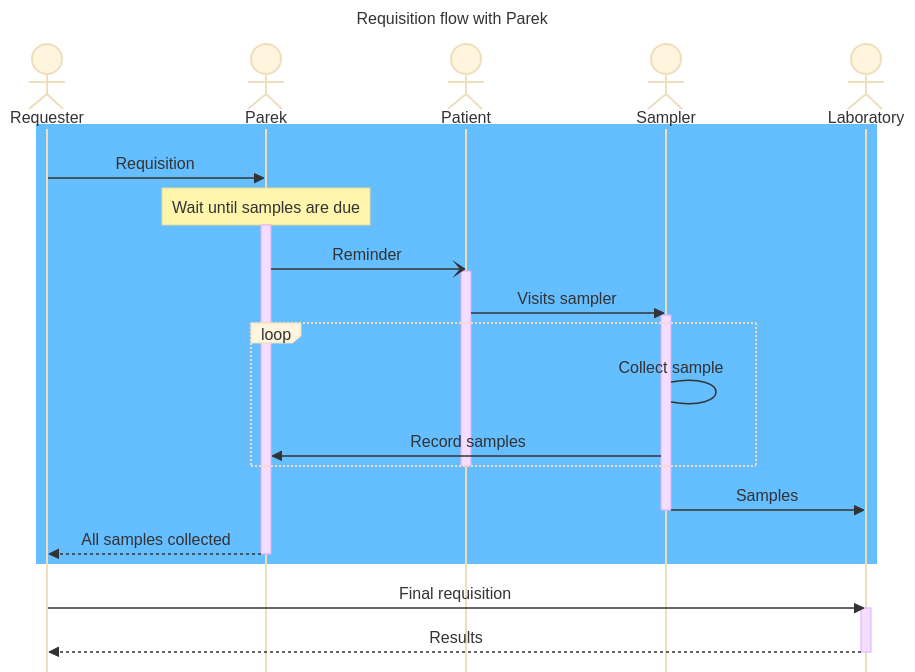
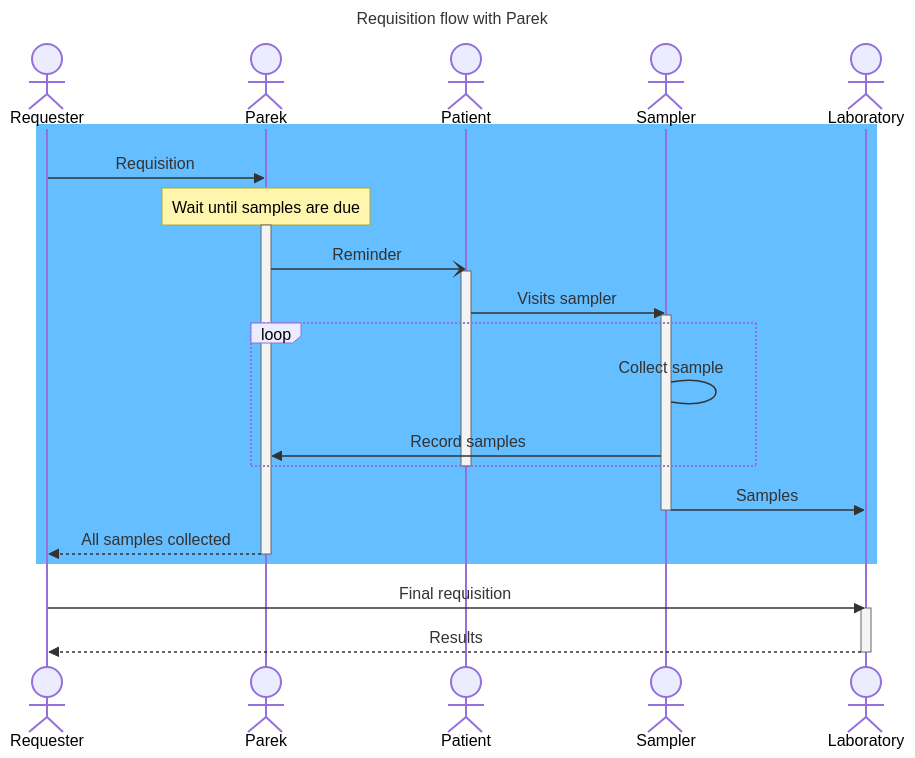
The second of 3 diagrams in ParekIG/input/pagecontent/index.md (HL7Norway/PasientensRekvisisjoner-Parek), drawn with Mermaid before and after one commit. The commit also changed other lines of this file, not shown here.

Commit message:
Try height

````diff
--- a/ParekIG/input/pagecontent/index.md
+++ b/ParekIG/input/pagecontent/index.md
@@ -54,42 +54,43 @@
 ```mermaid
 ---
 title: Requisition flow with Parek
 ---
 %%{init: {
     'sequence': {
         'mirrorActors':false,
-        'useMaxHeight': 0
+        'useMaxHeight': 0,
+        'height':1000px
         },
     'theme': 'base'
     }
 }%%
 sequenceDiagram
     actor Requester
     actor Parek
     actor Patient
     actor Sampler
     actor Laboratory
 
     rect rgb(100, 190, 255)
         Requester->>Parek: Requisition
         Note over Parek: Wait until samples are due
         activate Parek
         Parek-)Patient: Reminder
         activate Patient
         Patient->>Sampler: Visits sampler
         activate Sampler
         loop
             Sampler->Sampler: Collect sample
             Sampler->>Parek: Record samples
         end
         deactivate Patient
         Sampler->>Laboratory: Samples
         deactivate Sampler
         Parek-->>Requester: All samples collected
         deactivate Parek
     end
     Requester->>Laboratory: Final requisition
     activate Laboratory
     Laboratory-->>Requester: Results
     deactivate Laboratory
 ```
````
